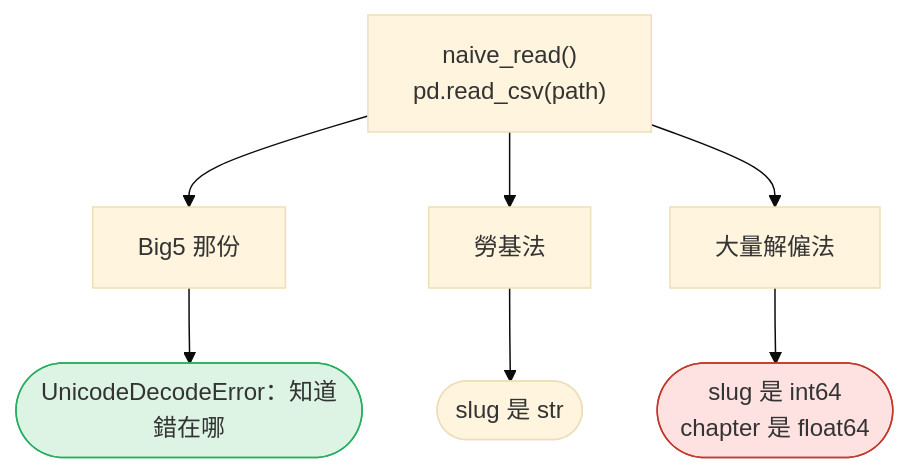
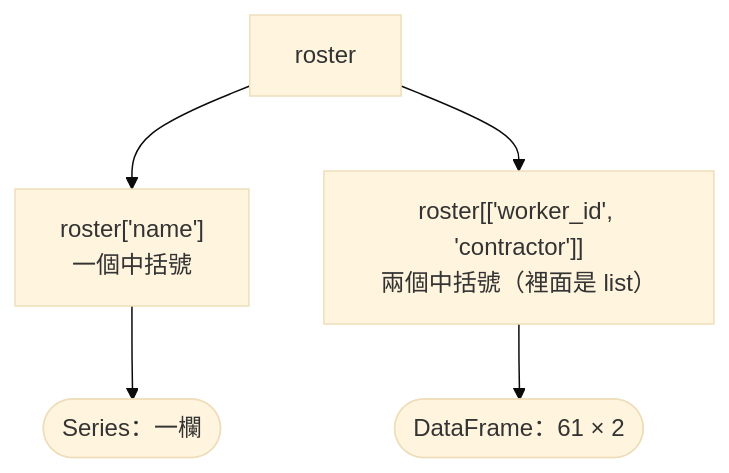
Before and after one commit to 4-learn/data-analysis-and-process-demo: the ninth of 15 diagrams in docs/2.md, drawn with Mermaid (base theme). The commit also changed other lines of this file and 189 other files, not shown here.

````diff
--- a/docs/2.md
+++ b/docs/2.md
@@ -130,10 +242,7 @@
 ```mermaid
 flowchart TD
-    A["naive_read()<br/>pd.read_csv(path)"] --> B["Big5 那份"] --> B1(["UnicodeDecodeError：知道錯在哪"])
-    A --> C["勞基法"] --> C1(["slug 是 str"])
-    A --> D["大量解僱法"] --> D1(["slug 是 int64<br/>chapter 是 float64"])
+    A["roster"] --> B["roster['name']<br/>一個中括號"] --> B1(["Series：一欄"])
+    A --> C["roster[['worker_id', 'contractor']]<br/>兩個中括號（裡面是 list）"] --> C1(["DataFrame：61 × 2"])
     classDef bad fill:#fde2e1,stroke:#c0392b
     classDef good fill:#ddf3e4,stroke:#27ae60
-    class D1 bad
-    class B1 good
 ```
````
